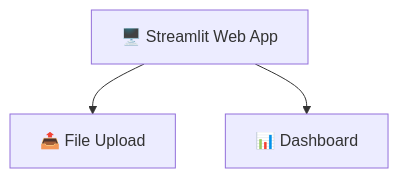
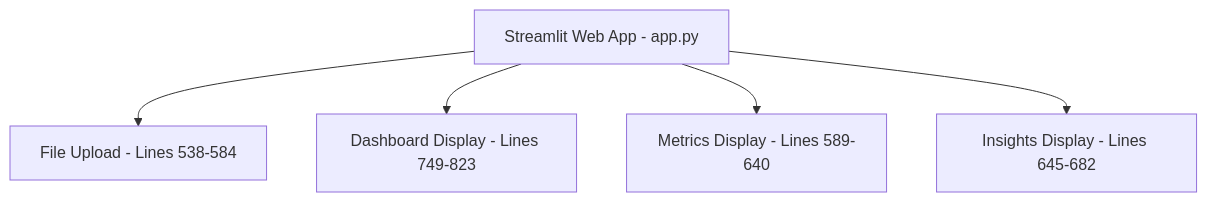
One commit to Pooja-Vishnoi/GenAI_Hackathon changed the fourth of 11 diagrams in README.md. Above: the diagram before and after it, drawn with Mermaid. The commit also changed other lines of this file, not shown here.

Commit message:
- Enhance README with detailed architecture diagrams and application flow. - Added sections for frontend-backend separation, key function calls, and interactive editing flows to improve clarity and understanding of the system's structure and functionality.

````diff
--- a/README.md
+++ b/README.md
@@ -70,9 +168,13 @@
 ```mermaid
 graph TB
-    UI[🖥️ Streamlit Web App]
-    UP[📤 File Upload]
-    DA[📊 Dashboard]
+    UI[Streamlit Web App - app.py]
+    UP[File Upload - Lines 538-584]
+    DA[Dashboard Display - Lines 749-823]
+    ME[Metrics Display - Lines 589-640]
+    IN[Insights Display - Lines 645-682]
     
     UI --> UP
     UI --> DA
+    UI --> ME
+    UI --> IN
 ```
````
